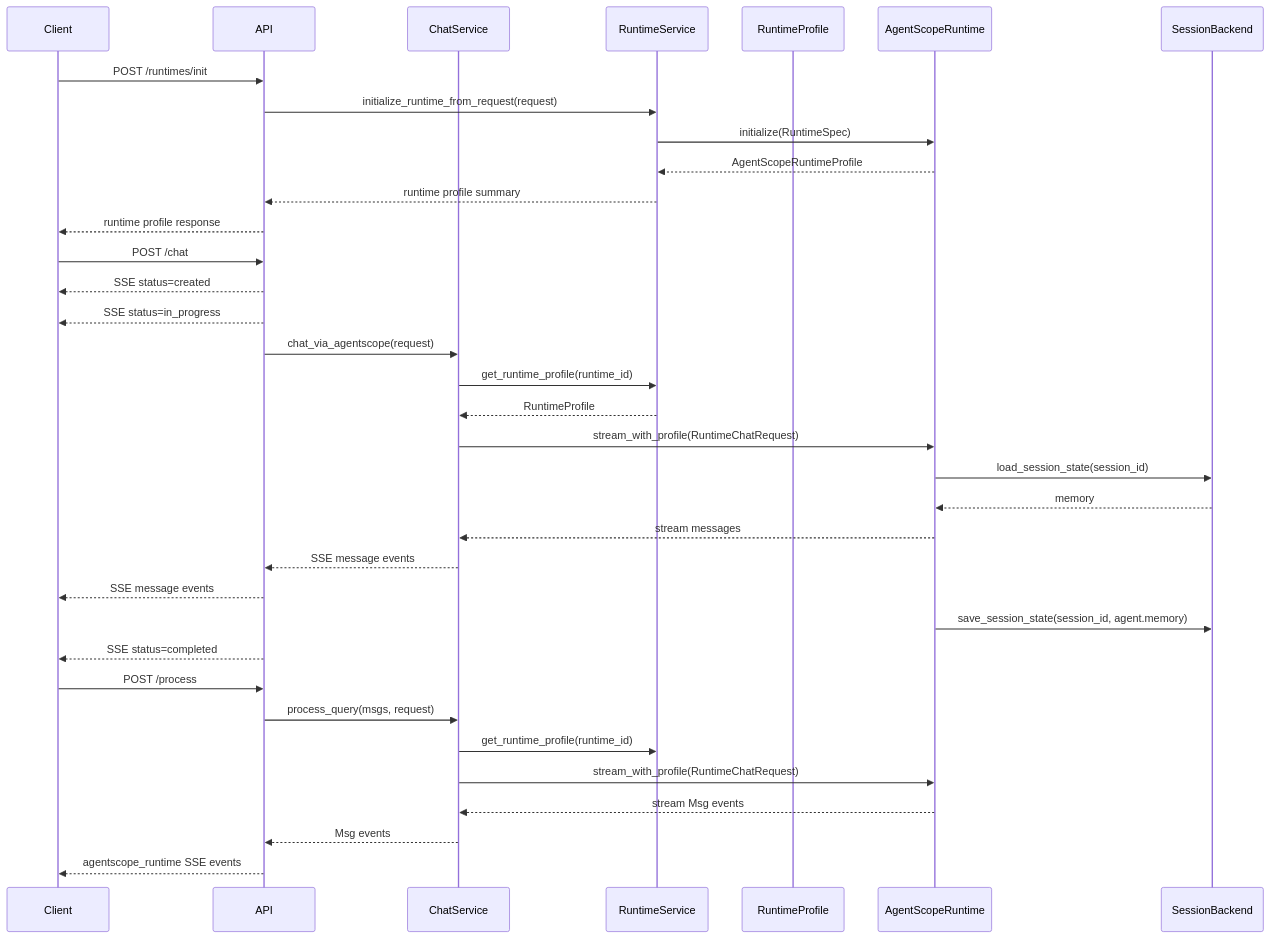
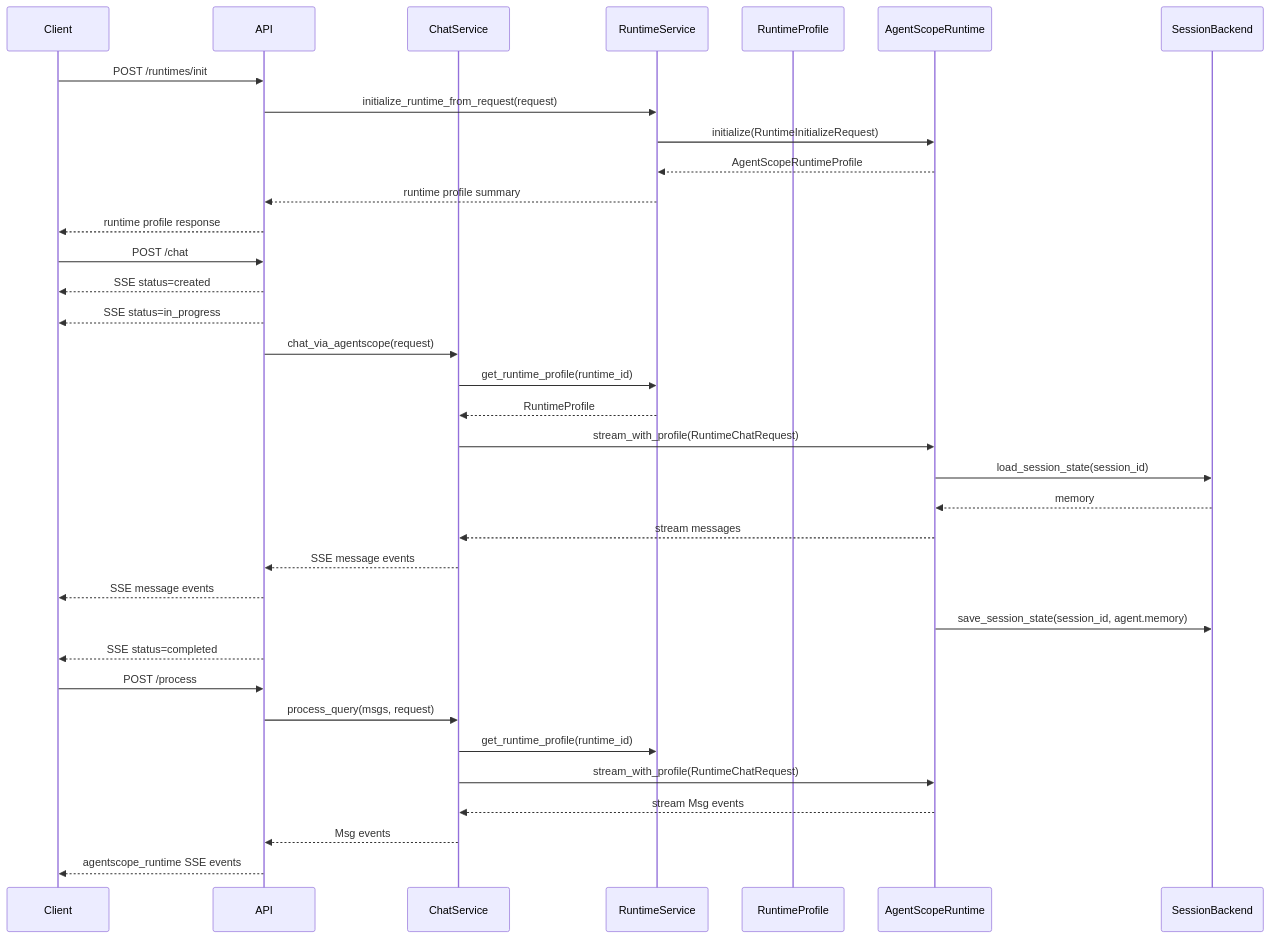
One commit to mooneclipsed/myagent changed the fifth of 5 diagrams in docs/architecture.md. Above: the diagram before and after it, drawn with Mermaid. The commit also changed other lines of this file and 3 other files, not shown here.

Commit message:
refactor: remove runtime spec dto

````diff
--- a/docs/architecture.md
+++ b/docs/architecture.md
@@ -257,40 +257,40 @@
 ```mermaid
 sequenceDiagram
     participant Client
     participant API
     participant ChatService
     participant RuntimeService
     participant RuntimeProfile
     participant AgentScopeRuntime
     participant SessionBackend
 
     Client->>API: POST /runtimes/init
     API->>RuntimeService: initialize_runtime_from_request(request)
-    RuntimeService->>AgentScopeRuntime: initialize(RuntimeSpec)
+    RuntimeService->>AgentScopeRuntime: initialize(RuntimeInitializeRequest)
     AgentScopeRuntime-->>RuntimeService: AgentScopeRuntimeProfile
     RuntimeService-->>API: runtime profile summary
     API-->>Client: runtime profile response
 
     Client->>API: POST /chat
     API-->>Client: SSE status=created
     API-->>Client: SSE status=in_progress
     API->>ChatService: chat_via_agentscope(request)
     ChatService->>RuntimeService: get_runtime_profile(runtime_id)
     RuntimeService-->>ChatService: RuntimeProfile
     ChatService->>AgentScopeRuntime: stream_with_profile(RuntimeChatRequest)
     AgentScopeRuntime->>SessionBackend: load_session_state(session_id)
     SessionBackend-->>AgentScopeRuntime: memory
     AgentScopeRuntime-->>ChatService: stream messages
     ChatService-->>API: SSE message events
     API-->>Client: SSE message events
     AgentScopeRuntime->>SessionBackend: save_session_state(session_id, agent.memory)
     API-->>Client: SSE status=completed
 
     Client->>API: POST /process
     API->>ChatService: process_query(msgs, request)
     ChatService->>RuntimeService: get_runtime_profile(runtime_id)
     ChatService->>AgentScopeRuntime: stream_with_profile(RuntimeChatRequest)
     AgentScopeRuntime-->>ChatService: stream Msg events
     ChatService-->>API: Msg events
     API-->>Client: agentscope_runtime SSE events
 ```
````
